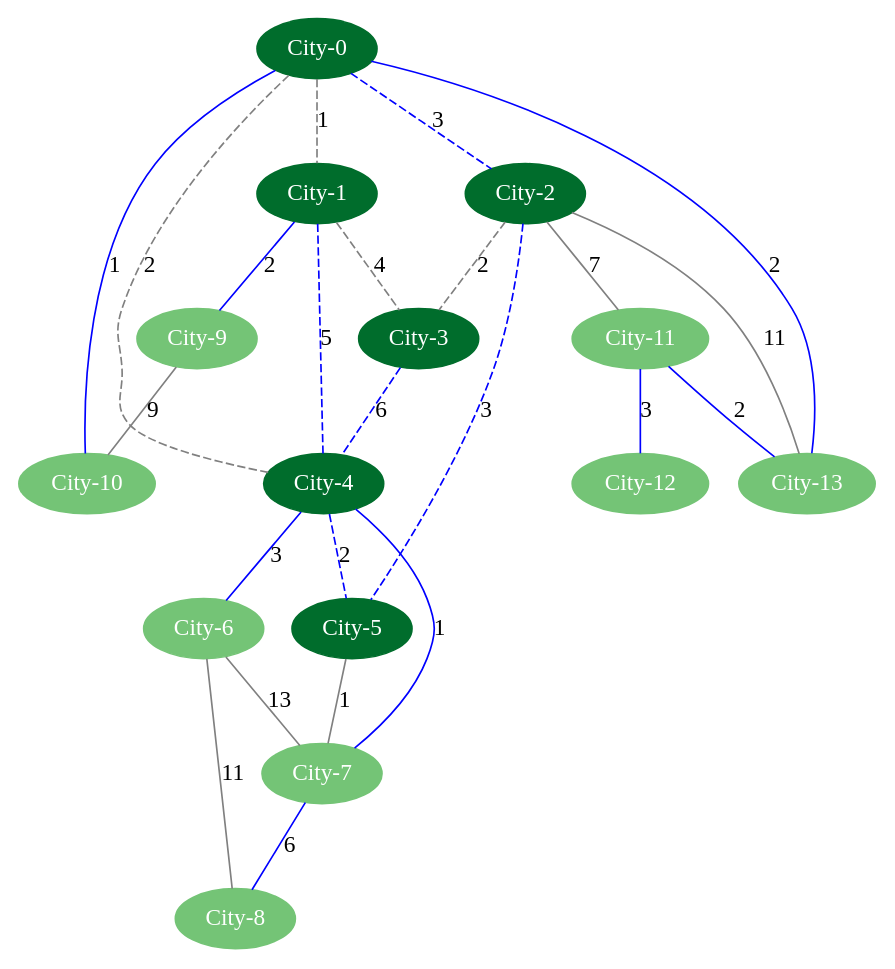
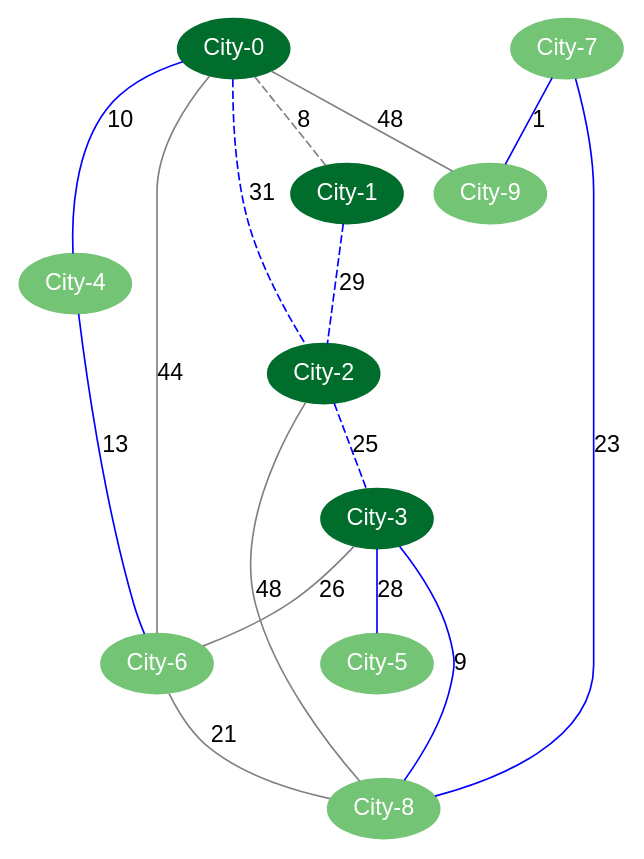
One commit to sufeeeringGavinM/EEE121-TRU-gmmontevirgen changed the diagram in SWProj2/src/graph-diagram-testcase-1.dot. Above: the diagram before and after it, drawn with Graphviz. The commit also changed 4 other files, not shown here.

```diff
--- a/SWProj2/src/graph-diagram-testcase-1.dot
+++ b/SWProj2/src/graph-diagram-testcase-1.dot
@@ -1,58 +1,42 @@
-strict graph G{    fontname="Papyrus"
-    node [fontname="Papyrus",colorscheme=greens9]
-    edge [fontname="Comic Sans MS"]
+strict graph G{    fontname="Helvetica,Arial,sans-serif"
+    node [fontname="Helvetica,Arial,sans-serif",colorscheme=greens9]
+    edge [fontname="Helvetica,Arial,sans-serif"]
 0 [label="City-0", style=filled, color=8,fontcolor=white]
 1 [label="City-1", style=filled, color=8,fontcolor=white]
 2 [label="City-2", style=filled, color=8,fontcolor=white]
 3 [label="City-3", style=filled, color=8,fontcolor=white]
-4 [label="City-4", style=filled, color=8,fontcolor=white]
-5 [label="City-5", style=filled, color=8,fontcolor=white]
+4 [label="City-4", style=filled, color=5,fontcolor=white]
+5 [label="City-5", style=filled, color=5,fontcolor=white]
 6 [label="City-6", style=filled, color=5,fontcolor=white]
 7 [label="City-7", style=filled, color=5,fontcolor=white]
 8 [label="City-8", style=filled, color=5,fontcolor=white]
 9 [label="City-9", style=filled, color=5,fontcolor=white]
-10 [label="City-10", style=filled, color=5,fontcolor=white]
-11 [label="City-11", style=filled, color=5,fontcolor=white]
-12 [label="City-12", style=filled, color=5,fontcolor=white]
-13 [label="City-13", style=filled, color=5,fontcolor=white]
-0 -- 1 [label=1, style=dashed, color=gray]
-0 -- 2 [label=3, style=dashed, color=gray]
-0 -- 4 [label=2, style=dashed, color=gray]
-0 -- 10 [label=1, style=line, color=gray]
-0 -- 13 [label=2, style=line, color=gray]
-1 -- 3 [label=4, style=dashed, color=gray]
-1 -- 4 [label=5, style=dashed, color=gray]
-1 -- 9 [label=2, style=line, color=gray]
-2 -- 3 [label=2, style=dashed, color=gray]
-2 -- 5 [label=3, style=dashed, color=gray]
-2 -- 11 [label=7, style=line, color=gray]
-2 -- 13 [label=11, style=line, color=gray]
-3 -- 4 [label=6, style=dashed, color=gray]
-4 -- 5 [label=2, style=dashed, color=gray]
-4 -- 6 [label=3, style=line, color=gray]
-4 -- 7 [label=1, style=line, color=gray]
-5 -- 7 [label=1, style=line, color=gray]
-6 -- 7 [label=13, style=line, color=gray]
-6 -- 8 [label=11, style=line, color=gray]
-7 -- 8 [label=6, style=line, color=gray]
-9 -- 10 [label=9, style=line, color=gray]
-11 -- 12 [label=3, style=line, color=gray]
-11 -- 13 [label=2, style=line, color=gray]
-3 -- 4 [label=6, style=dashed, color=blue]
-1 -- 4 [label=5, style=dashed, color=blue]
-2 -- 5 [label=3, style=dashed, color=blue]
-0 -- 2 [label=3, style=dashed, color=blue]
-4 -- 5 [label=2, style=dashed, color=blue]
-6 -- 4 [label=3, style=line, color=blue]
-7 -- 4 [label=1, style=line, color=blue]
-8 -- 7 [label=6, style=line, color=blue]
-7 -- 4 [label=1, style=line, color=blue]
-9 -- 1 [label=2, style=line, color=blue]
-10 -- 0 [label=1, style=line, color=blue]
-11 -- 13 [label=2, style=line, color=blue]
-13 -- 0 [label=2, style=line, color=blue]
-12 -- 11 [label=3, style=line, color=blue]
-11 -- 13 [label=2, style=line, color=blue]
-13 -- 0 [label=2, style=line, color=blue]
-13 -- 0 [label=2, style=line, color=blue]
+0 -- 1 [label=8, style=dashed, color=gray]
+0 -- 2 [label=31, style=dashed, color=gray]
+0 -- 4 [label=10, style=line, color=gray]
+0 -- 6 [label=44, style=line, color=gray]
+0 -- 9 [label=48, style=line, color=gray]
+1 -- 2 [label=29, style=dashed, color=gray]
+2 -- 3 [label=25, style=dashed, color=gray]
+2 -- 8 [label=48, style=line, color=gray]
+3 -- 5 [label=28, style=line, color=gray]
+3 -- 6 [label=26, style=line, color=gray]
+3 -- 8 [label=9, style=line, color=gray]
+4 -- 6 [label=13, style=line, color=gray]
+6 -- 8 [label=21, style=line, color=gray]
+7 -- 8 [label=23, style=line, color=gray]
+7 -- 9 [label=1, style=line, color=gray]
+0 -- 2 [label=31, style=dashed, color=blue]
+1 -- 2 [label=29, style=dashed, color=blue]
+2 -- 3 [label=25, style=dashed, color=blue]
+4 -- 0 [label=10, style=line, color=blue]
+5 -- 3 [label=28, style=line, color=blue]
+6 -- 4 [label=13, style=line, color=blue]
+4 -- 0 [label=10, style=line, color=blue]
+7 -- 8 [label=23, style=line, color=blue]
+8 -- 3 [label=9, style=line, color=blue]
+8 -- 3 [label=9, style=line, color=blue]
+9 -- 7 [label=1, style=line, color=blue]
+7 -- 8 [label=23, style=line, color=blue]
+8 -- 3 [label=9, style=line, color=blue]
 }
```
